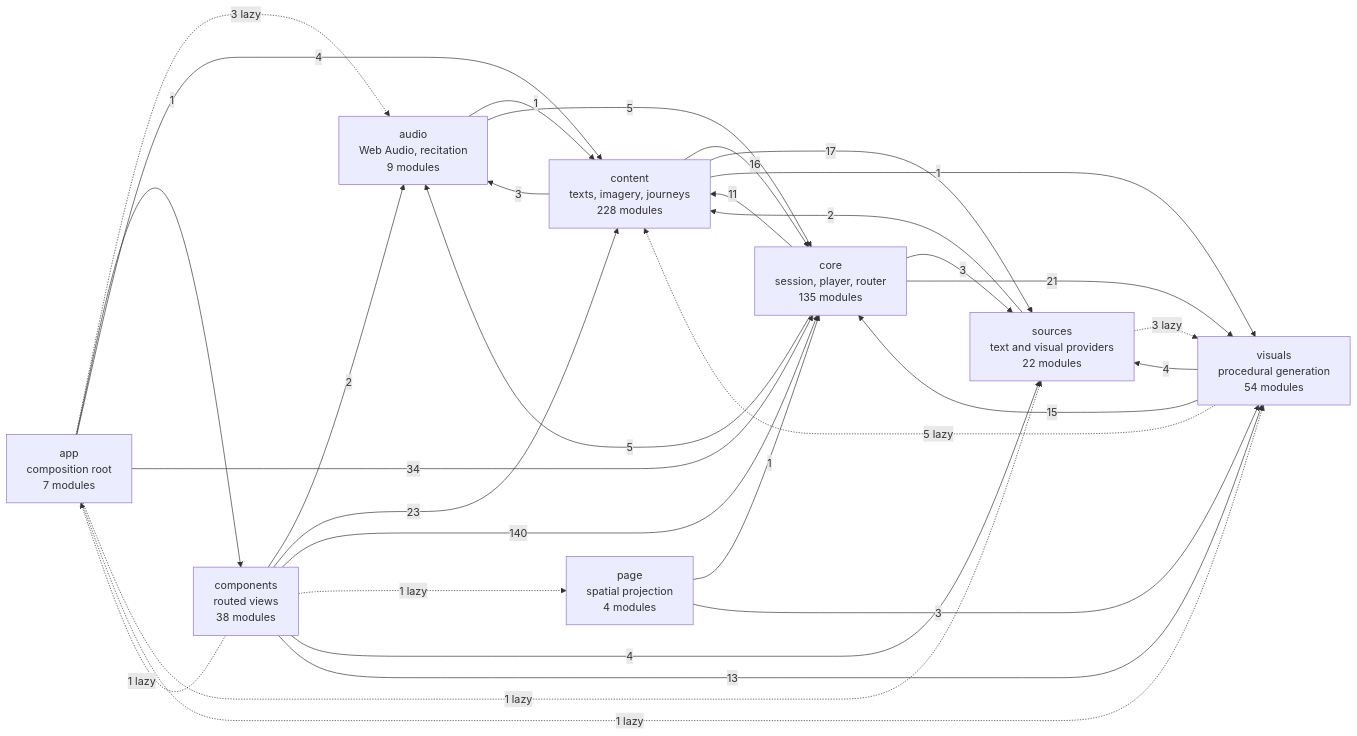
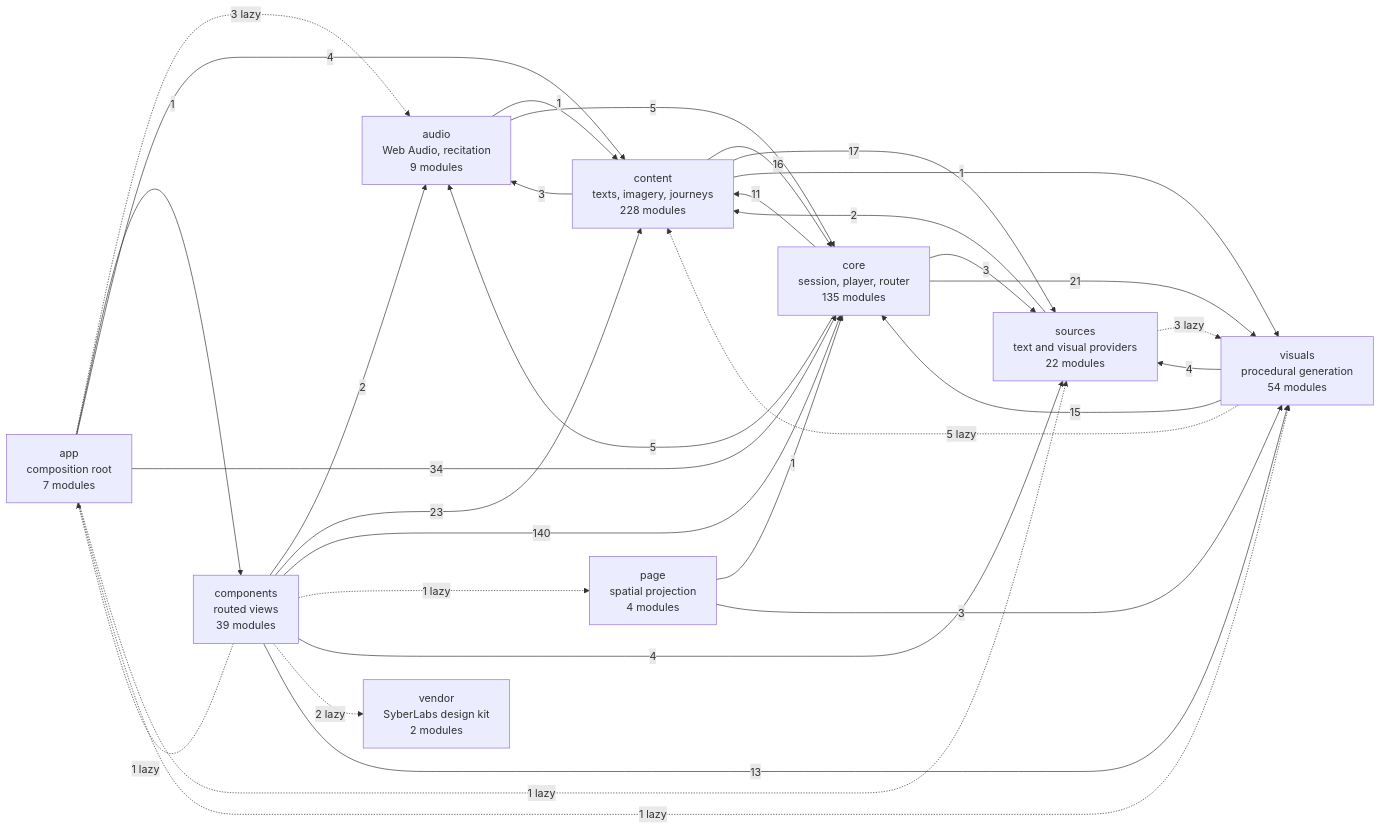
Before and after one commit to SyberLabs/RISE: the diagram in docs/specs/ARCHITECTURE.md, drawn with Mermaid. The commit also changed other lines of this file and 41 other files, not shown here.

First line of the commit message:
Re-skin RISE chrome in SyberLabs Design System v2 (Atlas) (#261)

````diff
--- a/docs/specs/ARCHITECTURE.md
+++ b/docs/specs/ARCHITECTURE.md
@@ -160,42 +160,44 @@
 ```mermaid
 flowchart LR
     app["app<br/>composition root<br/>7 modules"]
     audio["audio<br/>Web Audio, recitation<br/>9 modules"]
-    components["components<br/>routed views<br/>38 modules"]
+    components["components<br/>routed views<br/>39 modules"]
     content["content<br/>texts, imagery, journeys<br/>228 modules"]
     core["core<br/>session, player, router<br/>135 modules"]
     page["page<br/>spatial projection<br/>4 modules"]
     sources["sources<br/>text and visual providers<br/>22 modules"]
+    vendor["vendor<br/>SyberLabs design kit<br/>2 modules"]
     visuals["visuals<br/>procedural generation<br/>54 modules"]
 
     app -.-> |3 lazy| audio
     app --> |1| components
     app --> |4| content
     app --> |34| core
     app -.-> |1 lazy| sources
     app -.-> |1 lazy| visuals
     audio --> |1| content
     audio --> |5| core
     components -.-> |1 lazy| app
     components --> |2| audio
     components --> |23| content
     components --> |140| core
     components -.-> |1 lazy| page
     components --> |4| sources
+    components -.-> |2 lazy| vendor
     components --> |13| visuals
     content --> |3| audio
     content --> |16| core
     content --> |17| sources
     content --> |1| visuals
     core --> |5| audio
     core --> |11| content
     core --> |3| sources
     core --> |21| visuals
     page --> |1| core
     page --> |3| visuals
     sources --> |2| content
     sources -.-> |3 lazy| visuals
     visuals -.-> |5 lazy| content
     visuals --> |15| core
     visuals --> |4| sources
 ```
````
